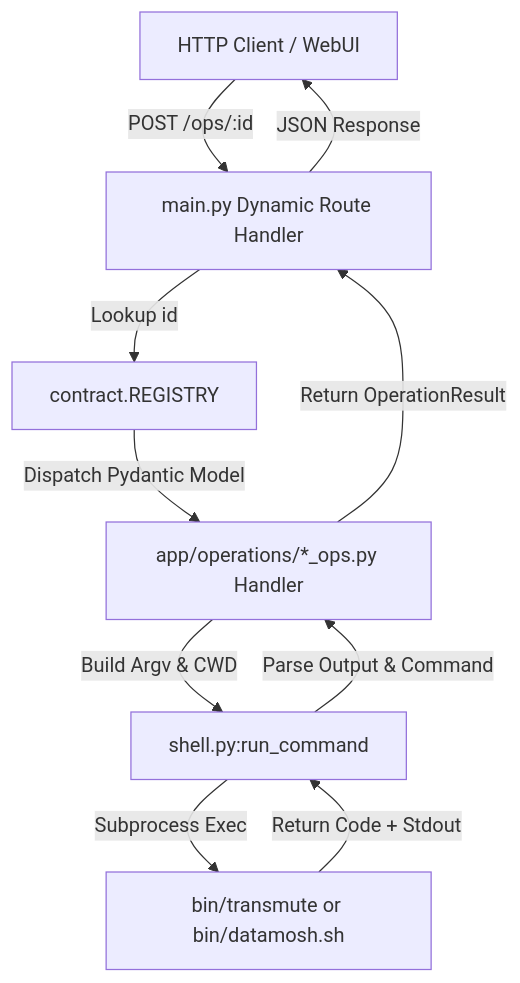
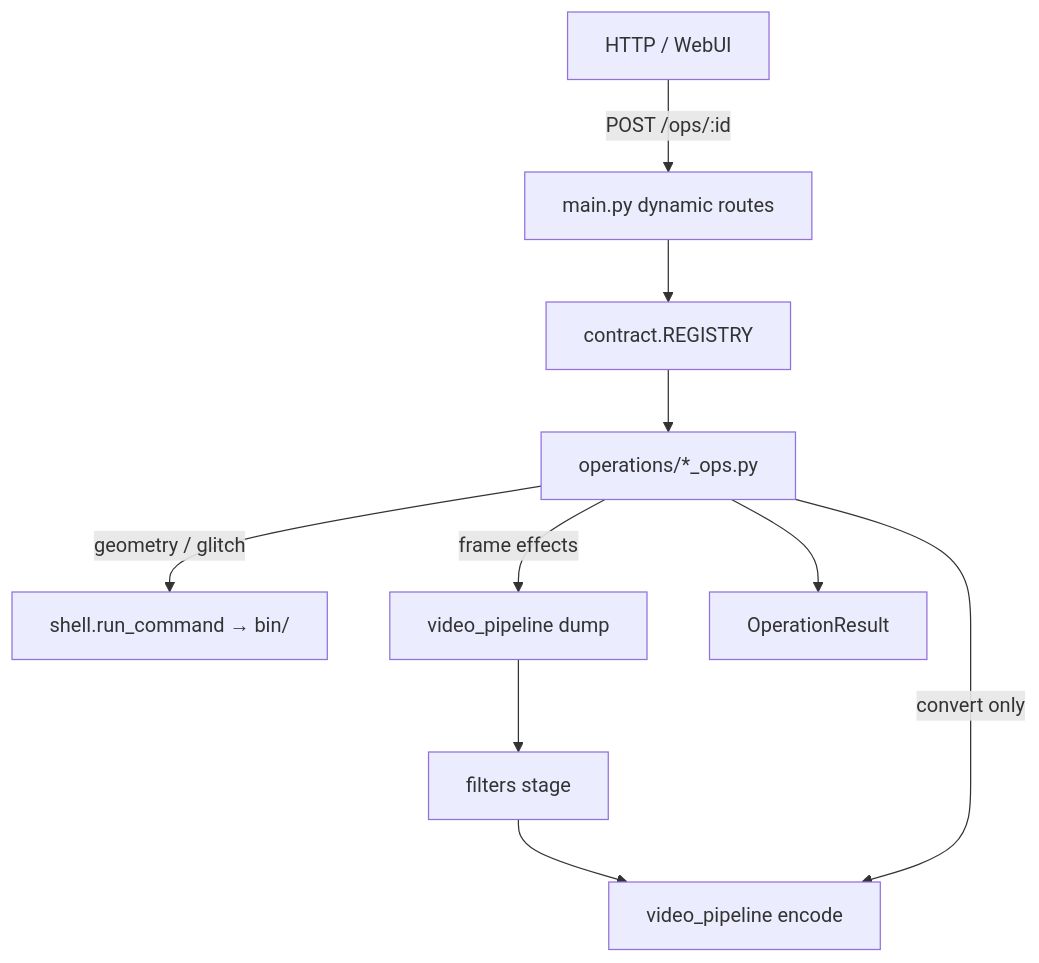
The diagram in mtapi-project/app/AGENTS.md (maxugly/ffTransmuteWebui), drawn with Mermaid before and after one commit. The commit also changed other lines of this file and 9 other files, not shown here.

````diff
--- a/mtapi-project/app/AGENTS.md
+++ b/mtapi-project/app/AGENTS.md
@@ -22,12 +33,12 @@
 ```mermaid
 graph TD
-    A[HTTP Client / WebUI] -->|POST /ops/:id| B[main.py Dynamic Route Handler]
-    B -->|Lookup id| C[contract.REGISTRY]
-    C -->|Dispatch Pydantic Model| D[app/operations/*_ops.py Handler]
-    D -->|Build Argv & CWD| E[shell.py:run_command]
-    E -->|Subprocess Exec| F[bin/transmute or bin/datamosh.sh]
-    F -->|Return Code + Stdout| E
-    E -->|Parse Output & Command| D
-    D -->|Return OperationResult| B
-    B -->|JSON Response| A
+    A[HTTP / WebUI] -->|POST /ops/:id| B[main.py dynamic routes]
+    B --> C[contract.REGISTRY]
+    C --> D[operations/*_ops.py]
+    D -->|geometry / glitch| E[shell.run_command → bin/]
+    D -->|frame effects| F[video_pipeline dump]
+    F --> G[filters stage]
+    G --> H[video_pipeline encode]
+    D -->|convert only| H
+    D --> I[OperationResult]
 ```
````
